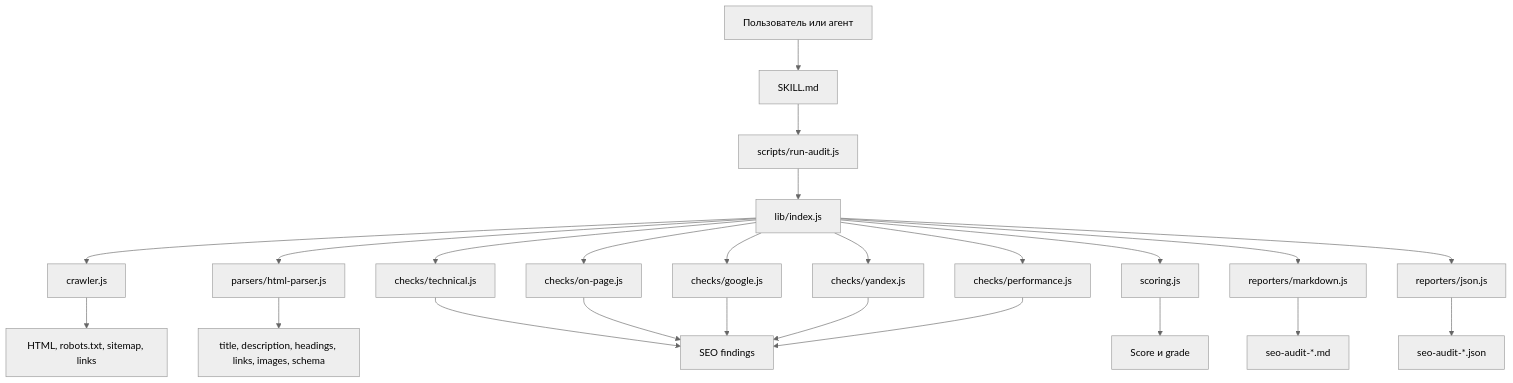
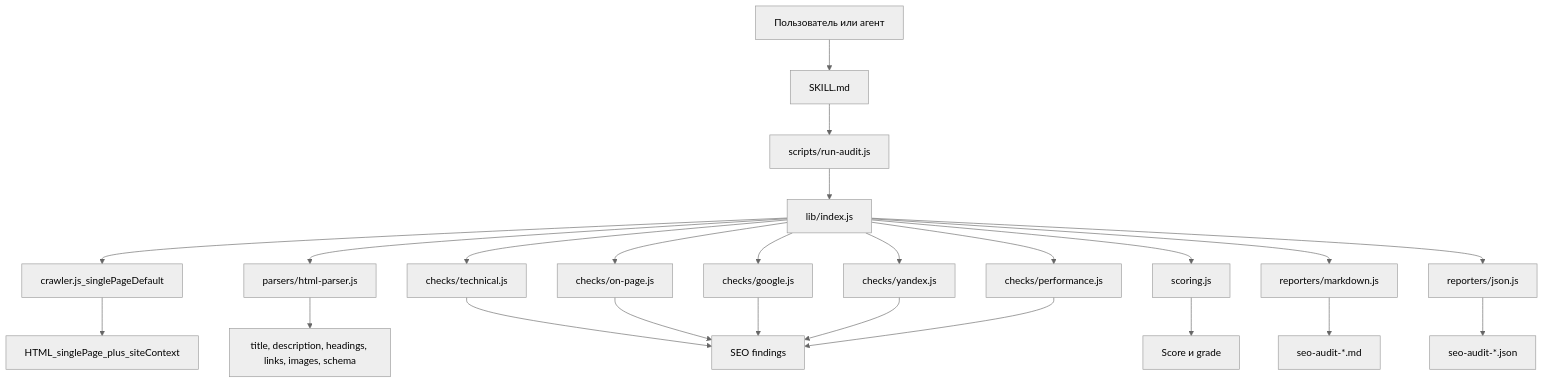
The diagram in README.md (Horosheff/google-yandex-seo-skill), drawn with Mermaid (neutral theme) before and after one commit. The commit also changed other lines of this file and 17 other files, not shown here.

First line of the commit message:
feat: deepen single-page SEO audit intelligence

````diff
--- a/README.md
+++ b/README.md
@@ -23,26 +23,26 @@
 ```mermaid
 flowchart TD
     A[Пользователь или агент] --> B[SKILL.md]
     B --> C[scripts/run-audit.js]
     C --> D[lib/index.js]
-    D --> E[crawler.js]
+    D --> E[crawler.js_singlePageDefault]
     D --> F[parsers/html-parser.js]
     D --> G[checks/technical.js]
     D --> H[checks/on-page.js]
     D --> I[checks/google.js]
     D --> J[checks/yandex.js]
     D --> K[checks/performance.js]
     D --> L[scoring.js]
     D --> M[reporters/markdown.js]
     D --> N[reporters/json.js]
-    E --> O[HTML, robots.txt, sitemap, links]
+    E --> O[HTML_singlePage_plus_siteContext]
     F --> P[title, description, headings, links, images, schema]
     G --> Q[SEO findings]
     H --> Q
     I --> Q
     J --> Q
     K --> Q
     L --> R[Score и grade]
     M --> S[seo-audit-*.md]
     N --> T[seo-audit-*.json]
 ```
````
